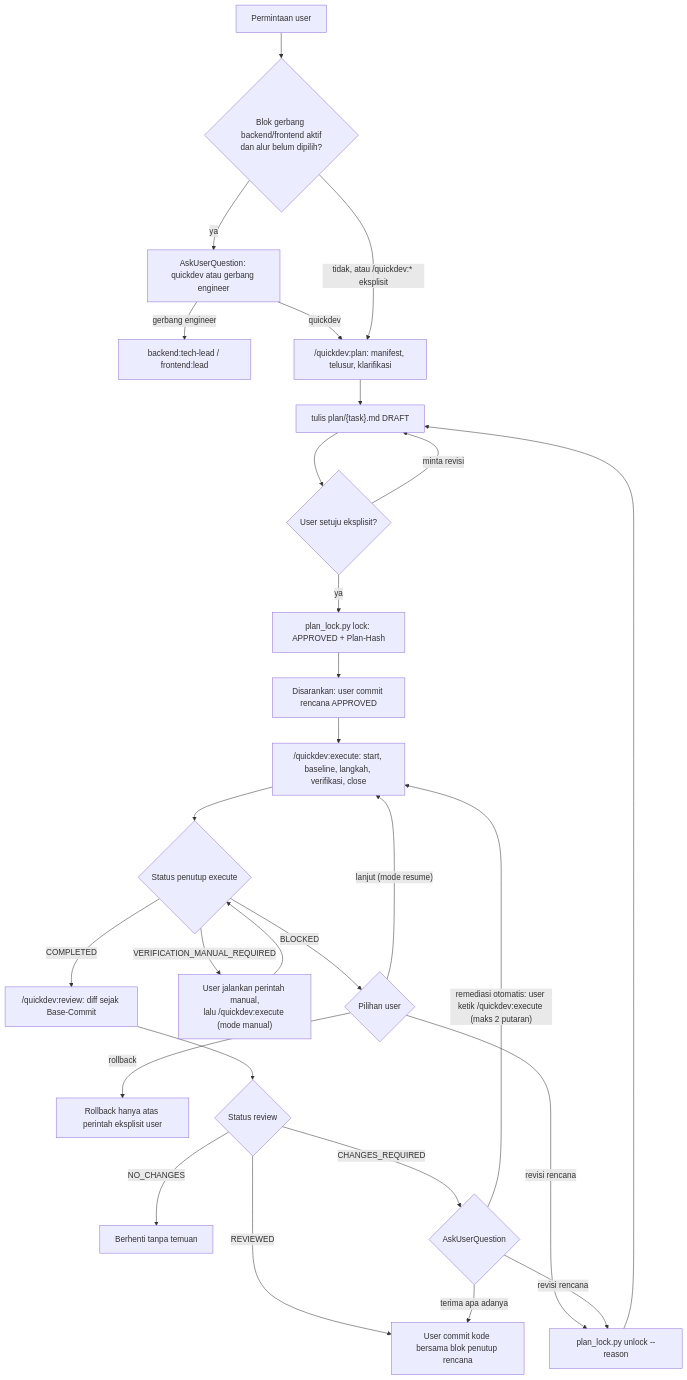
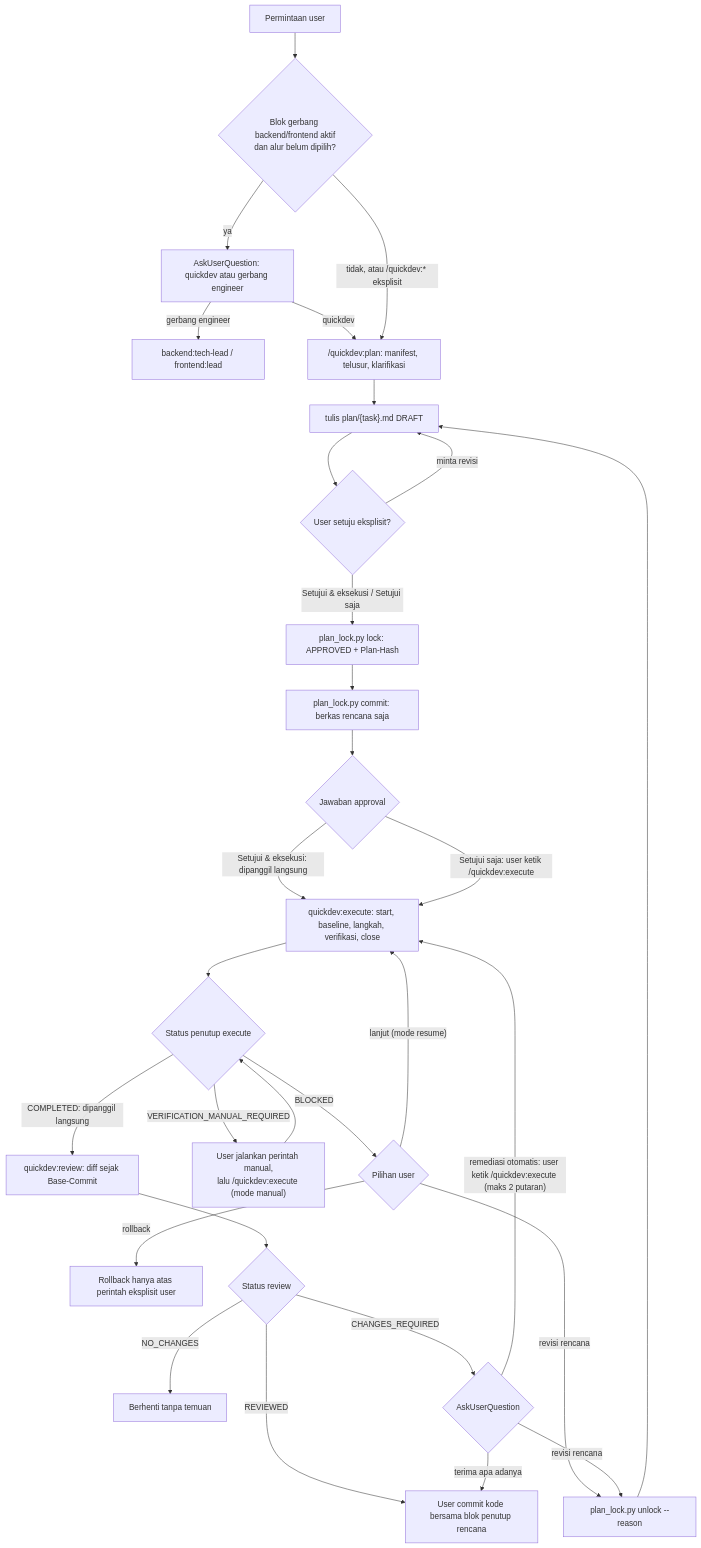
The first of 6 diagrams in flow/quickdev.md (nataflow/agentic-workflow), drawn with Mermaid before and after one commit. The commit also changed other lines of this file and 3 other files, not shown here.

Commit message:
docs(quickdev): flow, README, CLAUDE.md, dan migrasi 0.13.0 untuk alur berantai dan commit rencana (39)

````diff
--- a/flow/quickdev.md
+++ b/flow/quickdev.md
@@ -24,30 +24,32 @@
 ```mermaid
 flowchart TD
     U["Permintaan user"] --> CO{"Blok gerbang backend/frontend aktif<br/>dan alur belum dipilih?"}
     CO -->|ya| ASK["AskUserQuestion: quickdev atau gerbang engineer"]
     ASK -->|"gerbang engineer"| ENG["backend:tech-lead / frontend:lead"]
     ASK -->|quickdev| PL
     CO -->|"tidak, atau /quickdev:* eksplisit"| PL["/quickdev:plan: manifest, telusur, klarifikasi"]
     PL --> DR["tulis plan/{task}.md DRAFT"]
     DR --> AP{"User setuju eksplisit?"}
     AP -->|"minta revisi"| DR
-    AP -->|ya| LK["plan_lock.py lock: APPROVED + Plan-Hash"]
-    LK --> CM["Disarankan: user commit rencana APPROVED"]
-    CM --> EXE["/quickdev:execute: start, baseline, langkah, verifikasi, close"]
+    AP -->|"Setujui & eksekusi / Setujui saja"| LK["plan_lock.py lock: APPROVED + Plan-Hash"]
+    LK --> CM["plan_lock.py commit: berkas rencana saja"]
+    CM --> AE{"Jawaban approval"}
+    AE -->|"Setujui & eksekusi: dipanggil langsung"| EXE["quickdev:execute: start, baseline, langkah, verifikasi, close"]
+    AE -->|"Setujui saja: user ketik /quickdev:execute"| EXE
     EXE --> ES{"Status penutup execute"}
     ES -->|BLOCKED| BL{"Pilihan user"}
     BL -->|"lanjut (mode resume)"| EXE
     BL -->|"revisi rencana"| UL["plan_lock.py unlock --reason"]
     UL --> DR
     BL -->|rollback| RB["Rollback hanya atas perintah eksplisit user"]
     ES -->|VERIFICATION_MANUAL_REQUIRED| MAN["User jalankan perintah manual,<br/>lalu /quickdev:execute (mode manual)"]
     MAN --> ES
-    ES -->|COMPLETED| RV["/quickdev:review: diff sejak Base-Commit"]
+    ES -->|"COMPLETED: dipanggil langsung"| RV["quickdev:review: diff sejak Base-Commit"]
     RV --> RS{"Status review"}
     RS -->|NO_CHANGES| NC["Berhenti tanpa temuan"]
     RS -->|REVIEWED| DONE["User commit kode bersama blok penutup rencana"]
     RS -->|CHANGES_REQUIRED| RQ{"AskUserQuestion"}
     RQ -->|"remediasi otomatis: user ketik /quickdev:execute (maks 2 putaran)"| EXE
     RQ -->|"revisi rencana"| UL
     RQ -->|"terima apa adanya"| DONE
 ```
````
